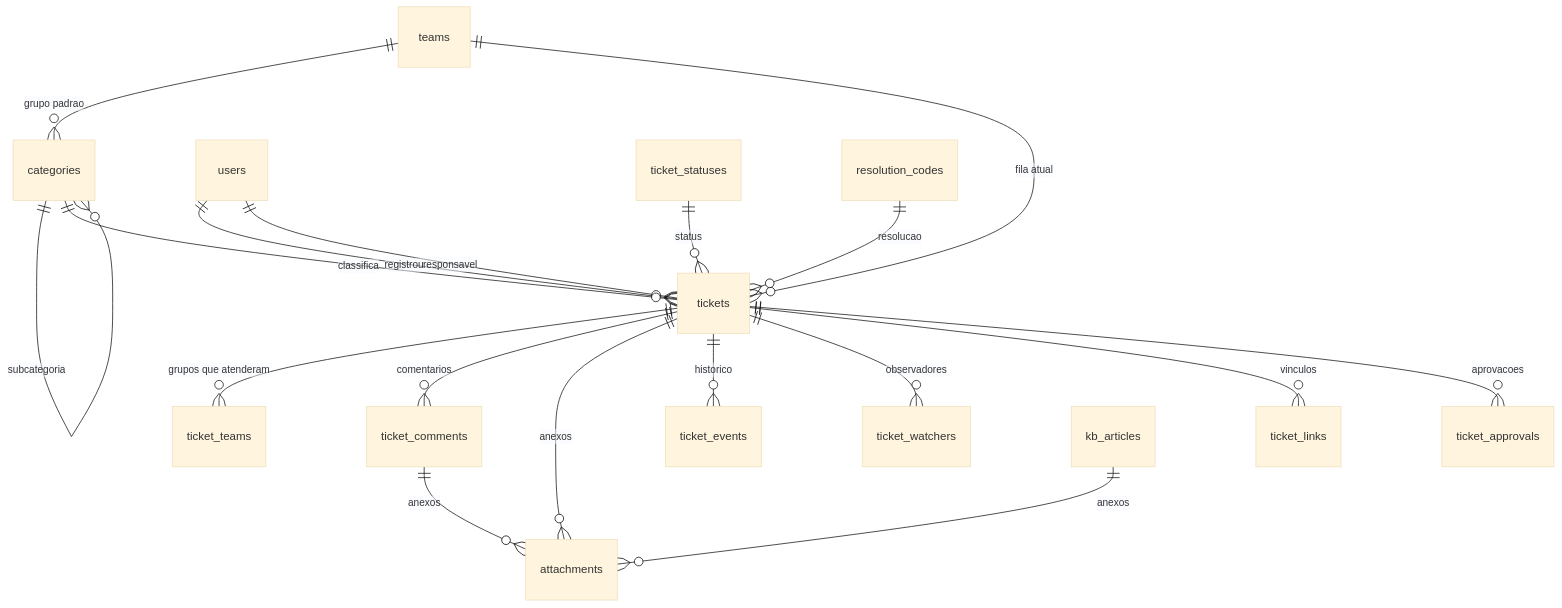
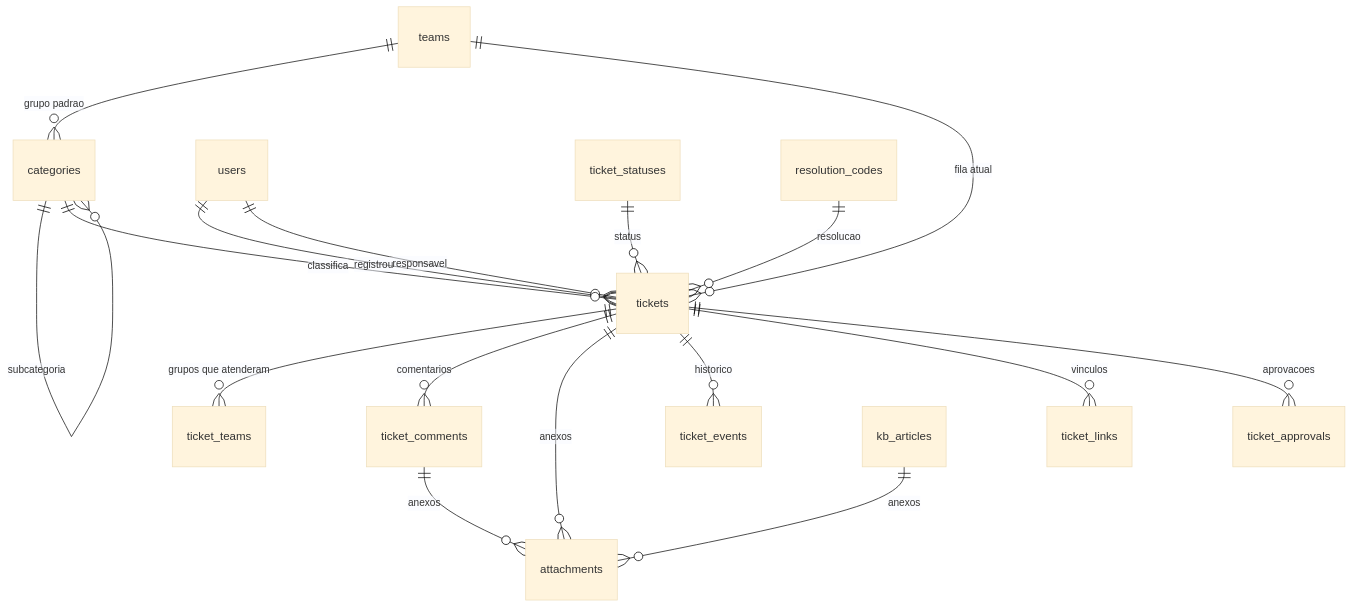
One commit to 0LB-i/ticketflow changed the second of 2 diagrams in docs/04-modelo-de-dados.md. Above: the diagram before and after it, drawn with Mermaid (base theme). The commit also changed other lines of this file and 49 other files, not shown here.

````diff
--- a/docs/04-modelo-de-dados.md
+++ b/docs/04-modelo-de-dados.md
@@ -23,20 +23,19 @@
 ```mermaid
 erDiagram
     categories ||--o{ categories : subcategoria
     teams ||--o{ categories : "grupo padrao"
     users ||--o{ tickets : registrou
     users ||--o{ tickets : responsavel
     teams ||--o{ tickets : "fila atual"
     categories ||--o{ tickets : classifica
     ticket_statuses ||--o{ tickets : status
     resolution_codes ||--o{ tickets : resolucao
     tickets ||--o{ ticket_teams : "grupos que atenderam"
     tickets ||--o{ ticket_comments : comentarios
     tickets ||--o{ attachments : anexos
     ticket_comments ||--o{ attachments : anexos
     tickets ||--o{ ticket_events : historico
-    tickets ||--o{ ticket_watchers : observadores
     tickets ||--o{ ticket_links : vinculos
     tickets ||--o{ ticket_approvals : aprovacoes
     kb_articles ||--o{ attachments : anexos
 ```
````
